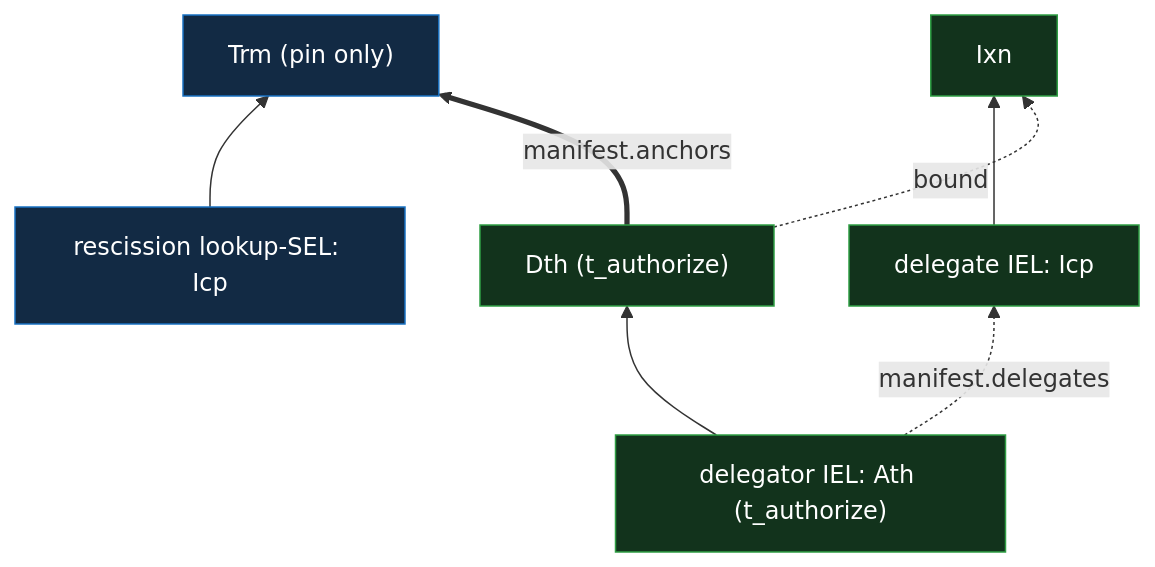
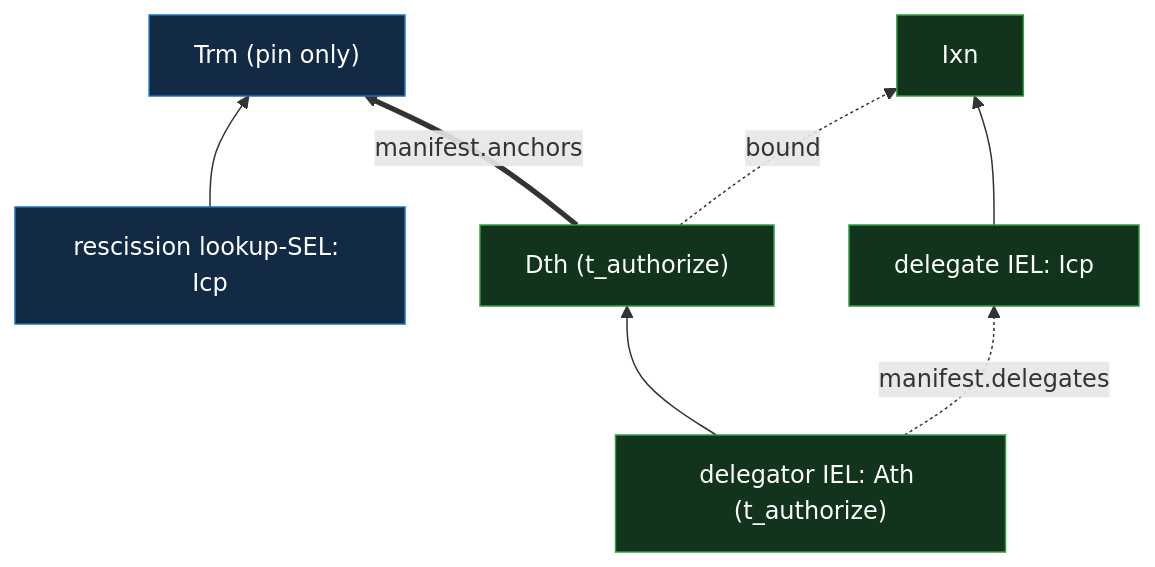
One commit to jasoncolburne/vdti changed the diagram in docs/design/primitives/data/event-logs/iel/delegation.md. Above: the diagram before and after it, drawn with Mermaid. The commit also changed other lines of this file, not shown here.

````diff
--- a/docs/design/primitives/data/event-logs/iel/delegation.md
+++ b/docs/design/primitives/data/event-logs/iel/delegation.md
@@ -30,11 +30,11 @@
 ```mermaid
 flowchart BT
   dAth["delegator IEL: Ath (t_authorize)"]:::iel --> dDth["Dth (t_authorize)"]:::iel
   rIcp["rescission lookup-SEL: Icp"]:::sel --> rTrm["Trm (pin only)"]:::sel
-  P["delegate IEL: Icp"]:::iel --> Q["Ixn"]:::iel
   dAth -.->|manifest.delegates| P
   dDth ==>|manifest.anchors| rTrm
   dDth -.->|bound| Q
+  P["delegate IEL: Icp"]:::iel --> Q["Ixn"]:::iel
   classDef iel fill:#12331c,stroke:#2f9e44,color:#fff
   classDef sel fill:#122a44,stroke:#1971c2,color:#fff
 ```
````
